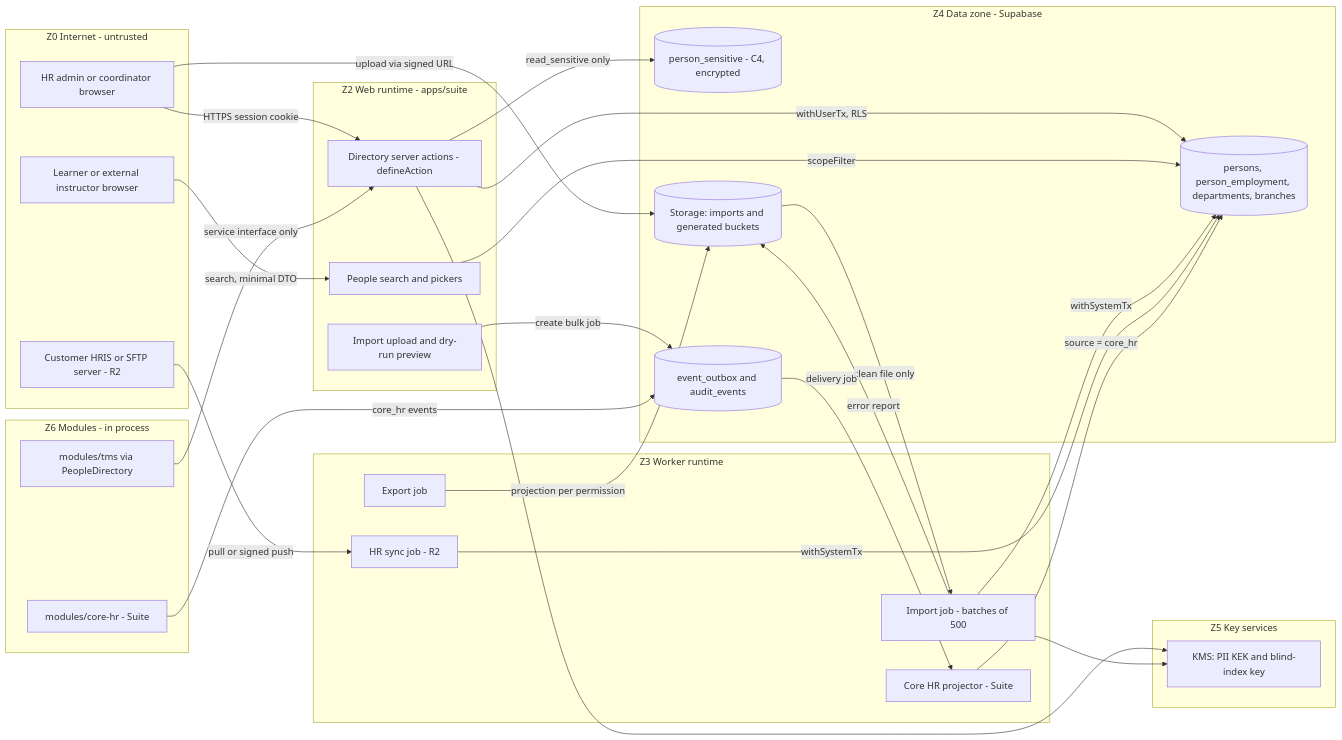
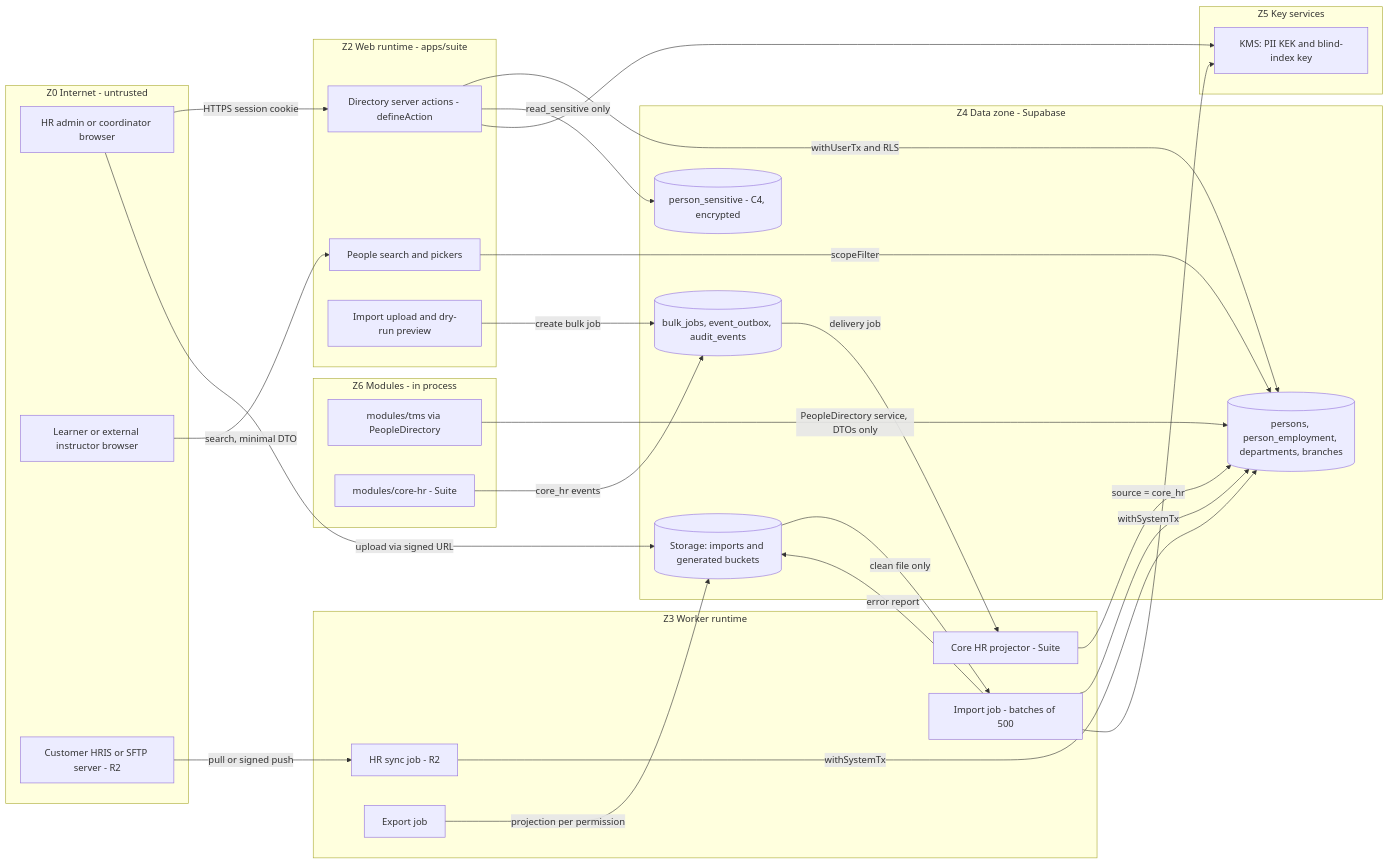
The diagram in docs/security/threat-models/TM-0004-people-directory.md (mohima90/entlaqa-tms), drawn with Mermaid before and after one commit. The commit also changed other lines of this file, not shown here.

First line of the commit message:
docs(security): TM-0004 people directory threat model (T-M1-C02)

````diff
--- a/docs/security/threat-models/TM-0004-people-directory.md
+++ b/docs/security/threat-models/TM-0004-people-directory.md
@@ -119,57 +119,57 @@
 ```mermaid
 flowchart LR
   subgraph Z0["Z0 Internet - untrusted"]
     HRA["HR admin or coordinator browser"]
     LOW["Learner or external instructor browser"]
     HRIS["Customer HRIS or SFTP server - R2"]
   end
 
   subgraph Z2["Z2 Web runtime - apps/suite"]
     DACT["Directory server actions - defineAction"]
     PICK["People search and pickers"]
     IMPU["Import upload and dry-run preview"]
   end
 
   subgraph Z6["Z6 Modules - in process"]
     TMS["modules/tms via PeopleDirectory"]
     CHR["modules/core-hr - Suite"]
   end
 
   subgraph Z3["Z3 Worker runtime"]
     IMPJ["Import job - batches of 500"]
     SYNC["HR sync job - R2"]
     PROJ["Core HR projector - Suite"]
     EXPJ["Export job"]
   end
 
   subgraph Z4["Z4 Data zone - Supabase"]
     DIR[("persons, person_employment, departments, branches")]
     SENS[("person_sensitive - C4, encrypted")]
-    OUTB[("event_outbox and audit_events")]
+    OUTB[("bulk_jobs, event_outbox, audit_events")]
     STO[("Storage: imports and generated buckets")]
   end
 
   subgraph Z5["Z5 Key services"]
     KMS["KMS: PII KEK and blind-index key"]
   end
 
   HRA -->|HTTPS session cookie| DACT
   HRA -->|upload via signed URL| STO
   LOW -->|"search, minimal DTO"| PICK
-  DACT -->|withUserTx, RLS| DIR
+  DACT -->|"withUserTx and RLS"| DIR
   DACT -->|read_sensitive only| SENS
   PICK -->|scopeFilter| DIR
   IMPU -->|create bulk job| OUTB
   STO -->|clean file only| IMPJ
   IMPJ -->|withSystemTx| DIR
   IMPJ -->|error report| STO
   HRIS -->|pull or signed push| SYNC
   SYNC -->|withSystemTx| DIR
   CHR -->|core_hr events| OUTB
   OUTB -->|delivery job| PROJ
   PROJ -->|"source = core_hr"| DIR
-  TMS -->|service interface only| DACT
+  TMS -->|"PeopleDirectory service, DTOs only"| DIR
   EXPJ -->|projection per permission| STO
   DACT --> KMS
   IMPJ --> KMS
 ```
````
